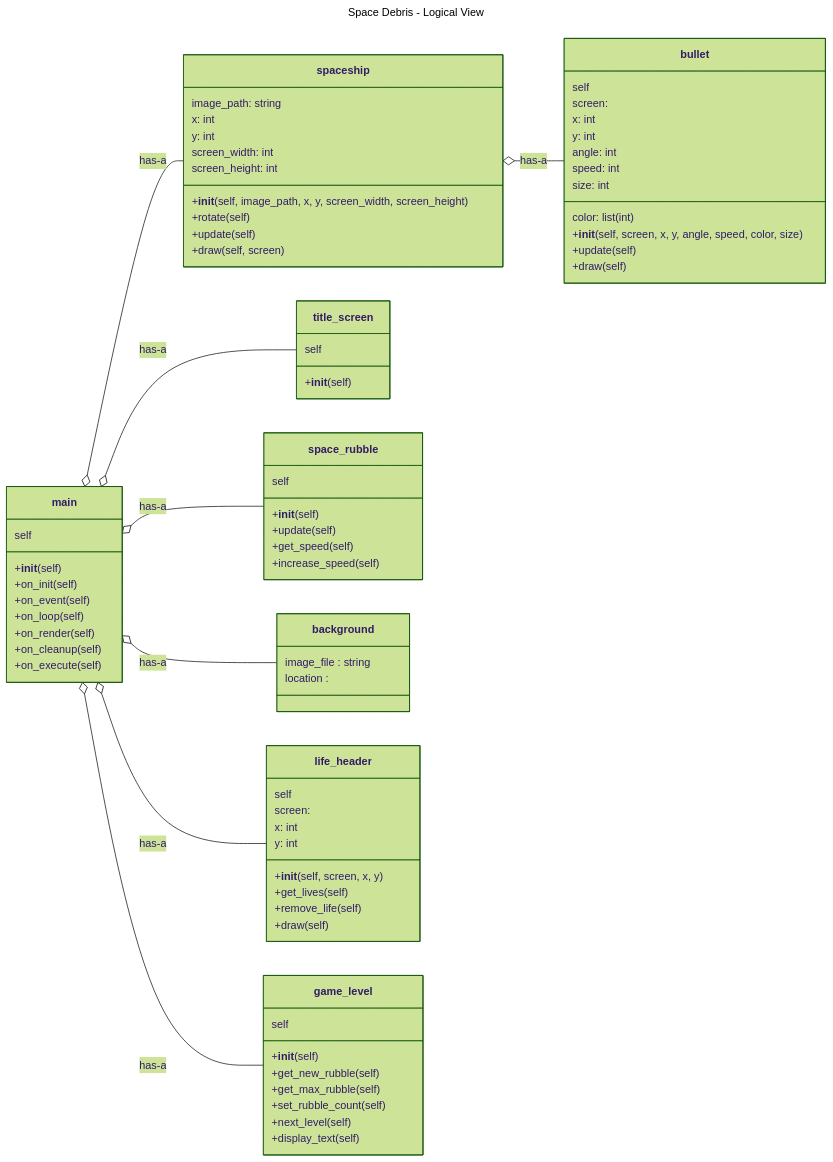
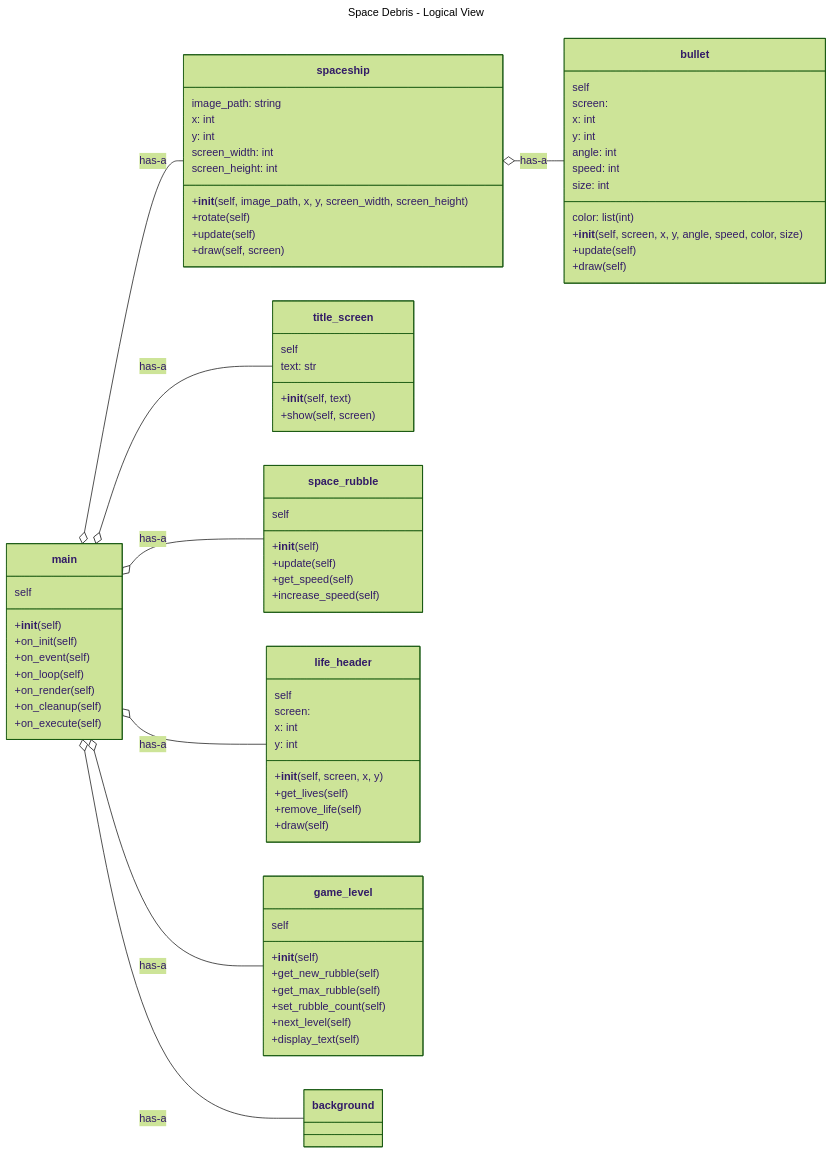
Before and after one commit to mmehta2669/Final_Project_Group_2: the first of 3 diagrams in README.md, drawn with Mermaid (forest theme).

```diff
--- a/README.md
+++ b/README.md
@@ -31,7 +31,9 @@
 
  class title_screen {
   self
-  +__init__(self)
+  text: str
+  +__init__(self, text)
+  +show(self, screen)
 }
 
  class space_rubble {
@@ -40,12 +42,6 @@
   +update(self)
   +get_speed(self)
   +increase_speed(self)
-}
-
-
- class background {
-  image_file : string
-  location : 
 }
 
  class bullet {
```
